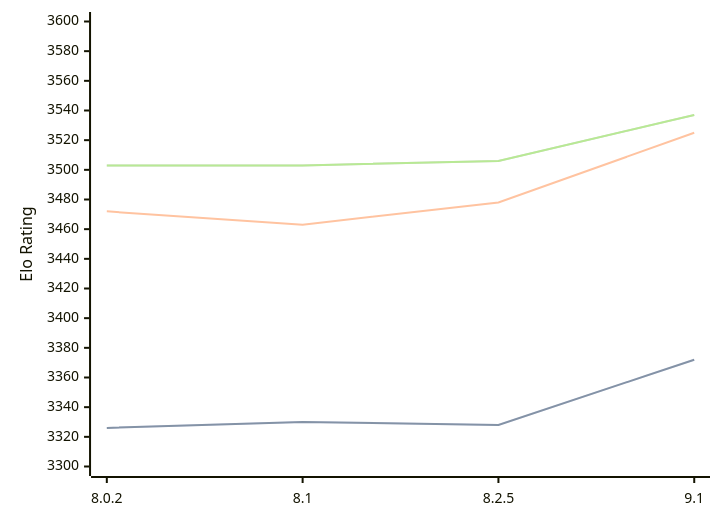
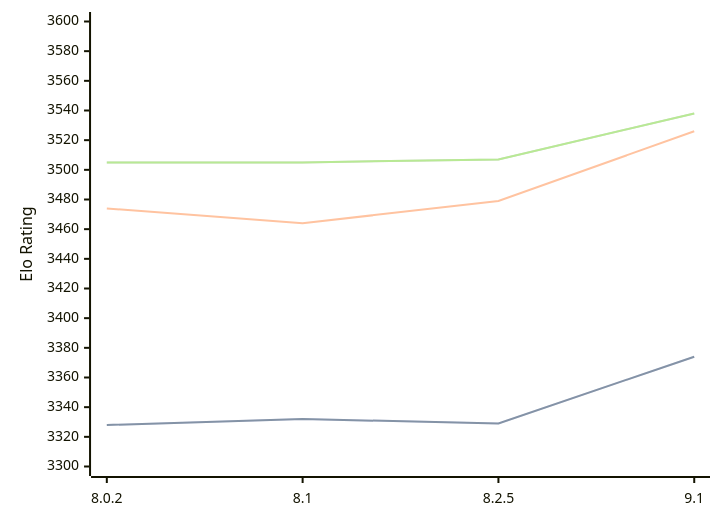
One commit to computer-chess-index/cci changed the diagram in engines/Clover.md. Above: the diagram before and after it, drawn with Mermaid. The commit also changed other lines of this file, not shown here.

Commit message:
Update CCI Ratings (ELO VLTC) - 2026-08-09

````diff
--- a/engines/Clover.md
+++ b/engines/Clover.md
@@ -36,11 +36,11 @@
 ```mermaid
 %%{init: {"theme":"base","themeVariables":{"seriesColors:['#a3a3a3','#222221','#faa371']}}}%%
 xychart-beta
   x-axis ["8.0.2", "8.1", "8.2.5", "9.1"]
   y-axis "Elo Rating" 3300 --> 3600
-  line "STC (8.0+0.08s)" [3326, 3330, 3328, 3372]
-  line "STC (8.0+0.08s)" [3326, 3330, 3328, 3372]
-  line "LTC (60.0+0.60s)" [3472, 3463, 3478, 3525]
-  line "VLTC (2m24s+1.12s)" [3503, 3503, 3506, 3537]
-  line "VLTC (2m24s+1.12s)" [3503, 3503, 3506, 3537]
+  line "STC (8.0+0.08s)" [3328, 3332, 3329, 3374]
+  line "STC (8.0+0.08s)" [3328, 3332, 3329, 3374]
+  line "LTC (60.0+0.60s)" [3474, 3464, 3479, 3526]
+  line "VLTC (2m24s+1.12s)" [3505, 3505, 3507, 3538]
+  line "VLTC (2m24s+1.12s)" [3505, 3505, 3507, 3538]
 ```
````
